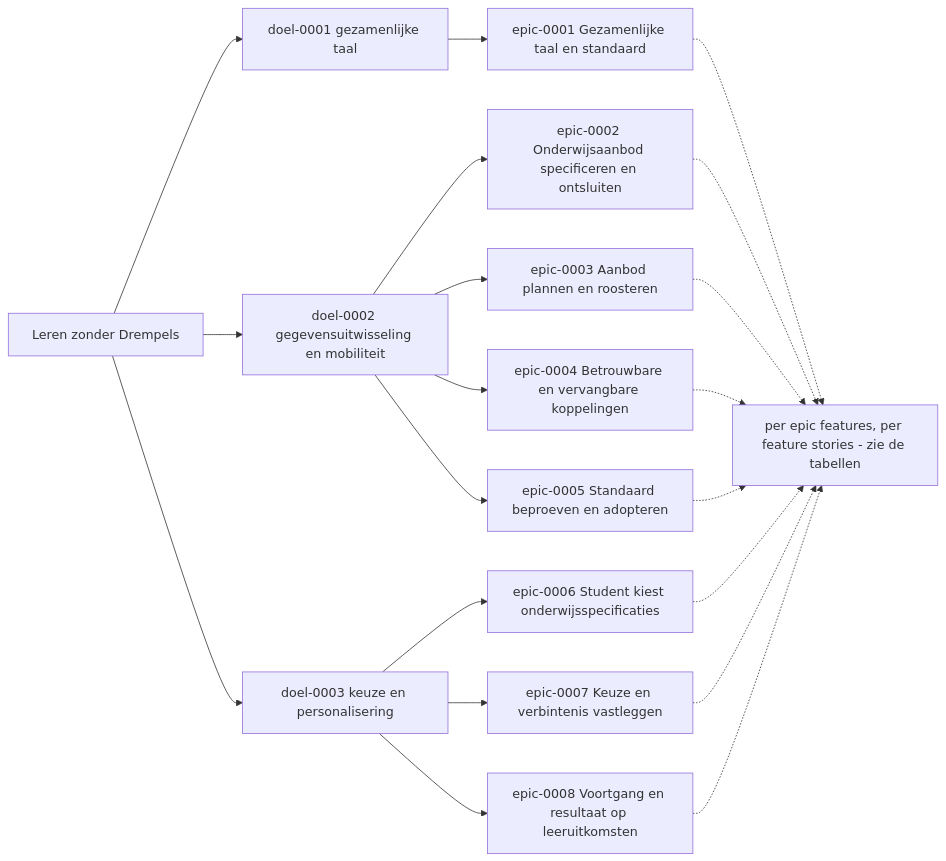
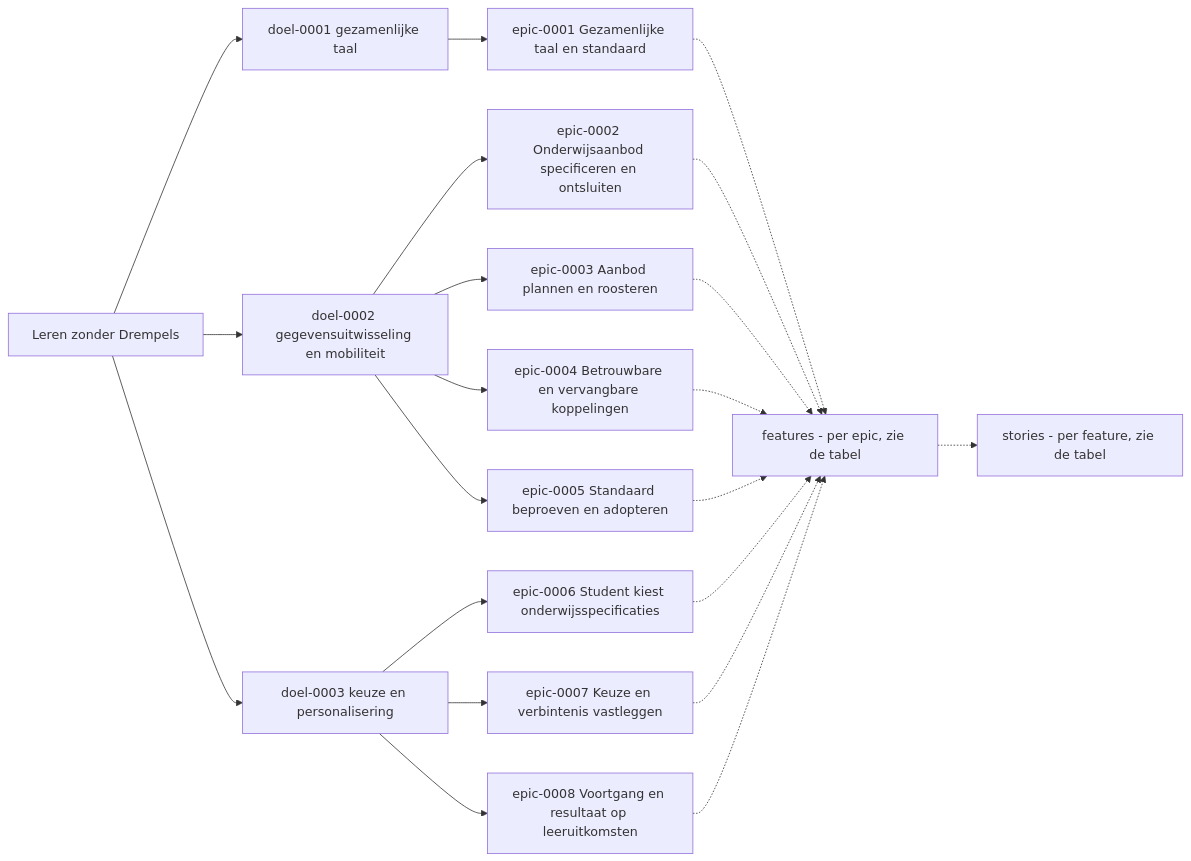
The first of 2 diagrams in Referentiemateriaal/requirementsboom/README.md (Npuls-OKx/Public), drawn with Mermaid before and after one commit. The commit also changed other lines of this file, not shown here.

Commit message:
Visualisatie: features en stories als twee opeenvolgende verzamelknopen
Claude-Session: https://claude.ai/code/session_01NZet75nkjDbtTTY4dGxZqM

````diff
--- a/Referentiemateriaal/requirementsboom/README.md
+++ b/Referentiemateriaal/requirementsboom/README.md
@@ -9,13 +9,13 @@
 ```mermaid
 flowchart LR
   LZD["Leren zonder Drempels"] --> DL1["doel-0001 gezamenlijke taal"] & DL2["doel-0002 gegevensuitwisseling en mobiliteit"] & DL3["doel-0003 keuze en personalisering"]
   DL1 --> EP1["epic-0001 Gezamenlijke taal en standaard"]
   DL2 --> EP2["epic-0002 Onderwijsaanbod specificeren en ontsluiten"]
   DL2 --> EP3["epic-0003 Aanbod plannen en roosteren"]
   DL2 --> EP4["epic-0004 Betrouwbare en vervangbare koppelingen"]
   DL2 --> EP5["epic-0005 Standaard beproeven en adopteren"]
   DL3 --> EP6["epic-0006 Student kiest onderwijsspecificaties"]
   DL3 --> EP7["epic-0007 Keuze en verbintenis vastleggen"]
   DL3 --> EP8["epic-0008 Voortgang en resultaat op leeruitkomsten"]
-  EP1 & EP2 & EP3 & EP4 & EP5 & EP6 & EP7 & EP8 -.-> FS["per epic features, per feature stories - zie de tabellen"]
+  EP1 & EP2 & EP3 & EP4 & EP5 & EP6 & EP7 & EP8 -.-> FT["features - per epic, zie de tabel"] -.-> ST["stories - per feature, zie de tabel"]
 ```
````
